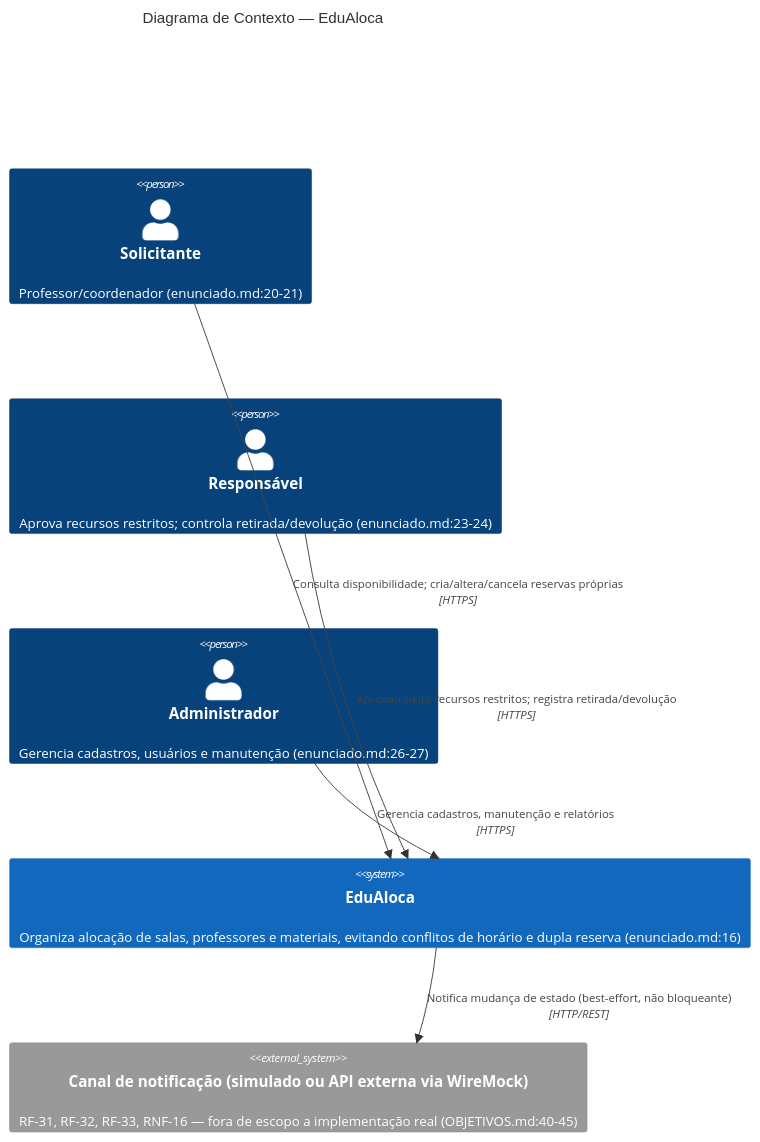
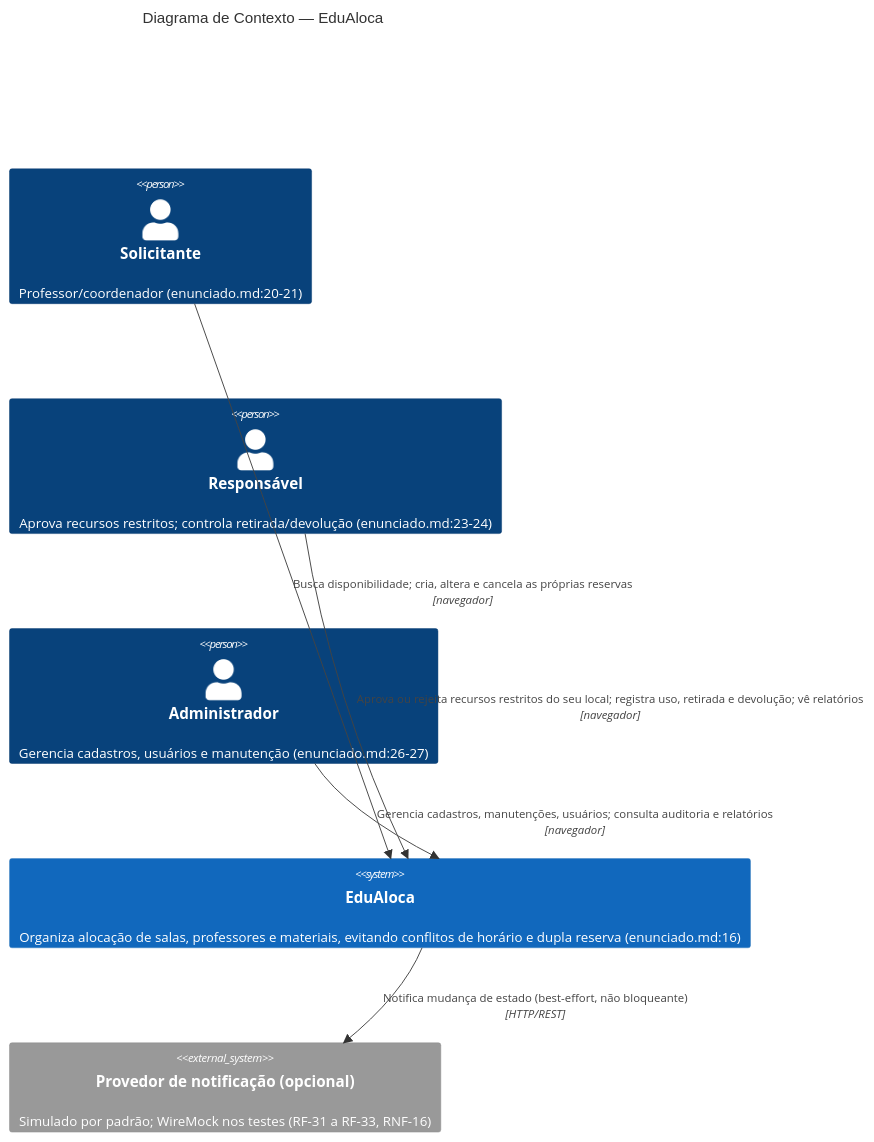
Before and after one commit to DaniloDamasio/EduAloca: the first of 6 diagrams in DOCS/arquitetura.md, drawn with Mermaid. The commit also changed other lines of this file, not shown here.

````diff
--- a/DOCS/arquitetura.md
+++ b/DOCS/arquitetura.md
@@ -288,17 +299,17 @@
 ```mermaid
 C4Context
   title Diagrama de Contexto — EduAloca
 
   Person(solicitante, "Solicitante", "Professor/coordenador (enunciado.md:20-21)")
   Person(responsavel, "Responsável", "Aprova recursos restritos; controla retirada/devolução (enunciado.md:23-24)")
   Person(administrador, "Administrador", "Gerencia cadastros, usuários e manutenção (enunciado.md:26-27)")
 
   System(edualoca, "EduAloca", "Organiza alocação de salas, professores e materiais, evitando conflitos de horário e dupla reserva (enunciado.md:16)")
 
-  System_Ext(notifExterna, "Canal de notificação (simulado ou API externa via WireMock)", "RF-31, RF-32, RF-33, RNF-16 — fora de escopo a implementação real (OBJETIVOS.md:40-45)")
+  System_Ext(notifExterna, "Provedor de notificação (opcional)", "Simulado por padrão; WireMock nos testes (RF-31 a RF-33, RNF-16)")
 
-  Rel(solicitante, edualoca, "Consulta disponibilidade; cria/altera/cancela reservas próprias", "HTTPS")
-  Rel(responsavel, edualoca, "Aprova/rejeita recursos restritos; registra retirada/devolução", "HTTPS")
-  Rel(administrador, edualoca, "Gerencia cadastros, manutenção e relatórios", "HTTPS")
+  Rel(solicitante, edualoca, "Busca disponibilidade; cria, altera e cancela as próprias reservas", "navegador")
+  Rel(responsavel, edualoca, "Aprova ou rejeita recursos restritos do seu local; registra uso, retirada e devolução; vê relatórios", "navegador")
+  Rel(administrador, edualoca, "Gerencia cadastros, manutenções, usuários; consulta auditoria e relatórios", "navegador")
   Rel(edualoca, notifExterna, "Notifica mudança de estado (best-effort, não bloqueante)", "HTTP/REST")
 ```
````
